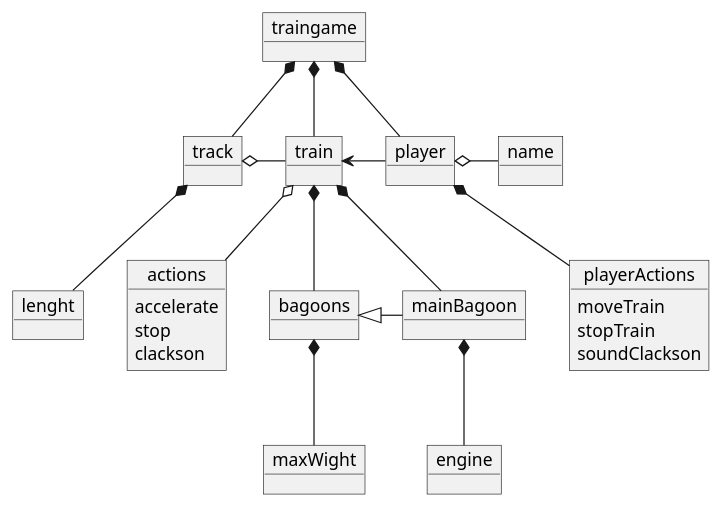
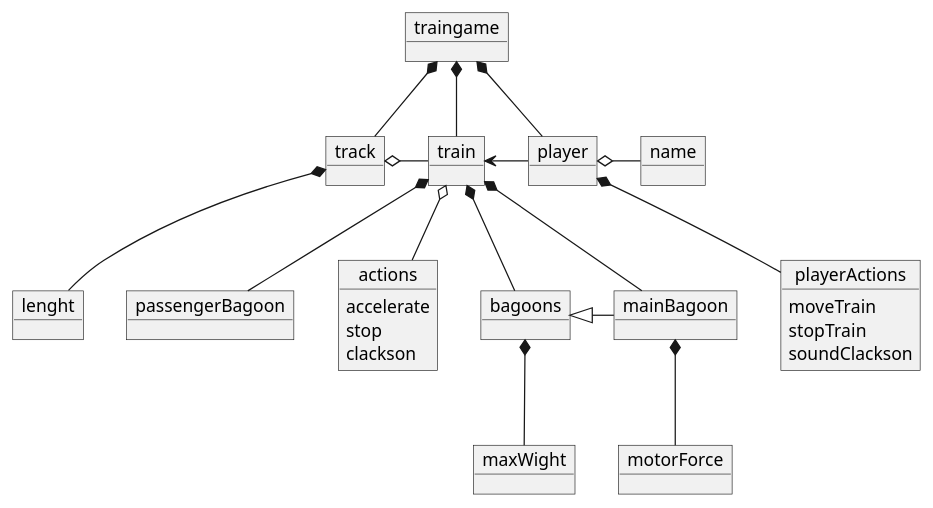
One commit to andrescordovatelus/trainGame changed the diagram in docs/traingame.wsd. Above: the diagram before and after it, drawn with PlantUML. The commit also changed 4 other files, not shown here.

```diff
--- a/docs/traingame.wsd
+++ b/docs/traingame.wsd
@@ -1,45 +1,47 @@
 @startuml traingame
 
 object traingame
     object track
         object lenght
     object train
         object bagoons
             object maxWight
         object mainBagoon
-            object engine
+            object motorForce
+        object passengerBagoon
         object actions{
             accelerate
             stop
             clackson
         }
     object player
         object name
         object playerActions{
             moveTrain
             stopTrain
             soundClackson
         }
 
 traingame *-- track
 traingame *-- train
 traingame *-- player
 
 track *-- lenght
 track o-right- train
 
 train *-- bagoons
 train *-- mainBagoon
+train *-- passengerBagoon
 
 bagoons *-- maxWight
 
-mainBagoon *-- engine
+mainBagoon *-- motorForce
 mainBagoon -left-|> bagoons
 
 train o-- actions
 player *-- playerActions
 
 player o-right- name
 player -left-> train
 
 @enduml
```
